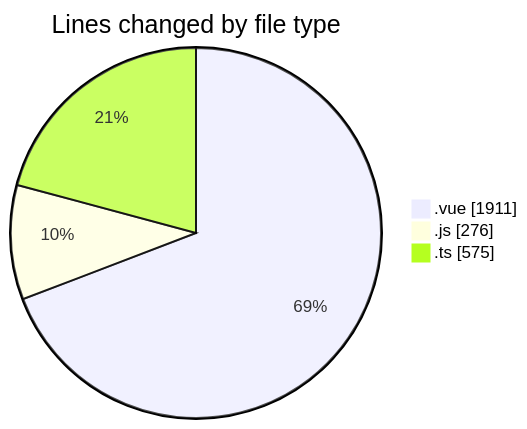
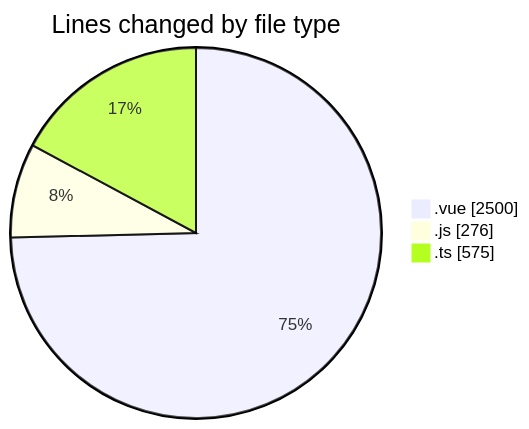
One commit to lephambinh05/code-tracking changed the first of 2 diagrams in 2025-08-12/rentotp/README.md. Above: the diagram before and after it, drawn with Mermaid. The commit also changed other lines of this file and 1 other file, not shown here.

````diff
--- a/2025-08-12/rentotp/README.md
+++ b/2025-08-12/rentotp/README.md
@@ -31,7 +32,7 @@
 ```mermaid
 pie showData
 title Lines changed by file type
-".vue" : 1911
+".vue" : 2500
 ".js" : 276
 ".ts" : 575
 ```
````
